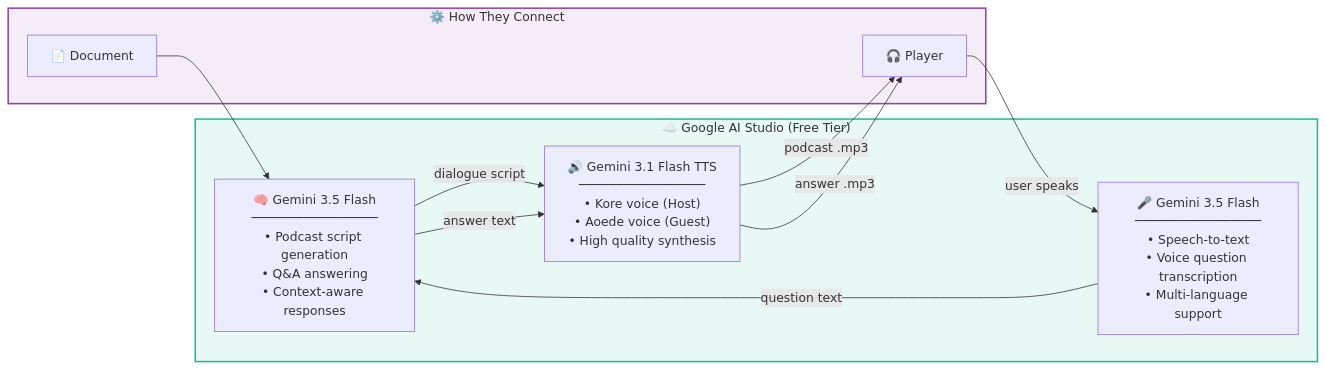
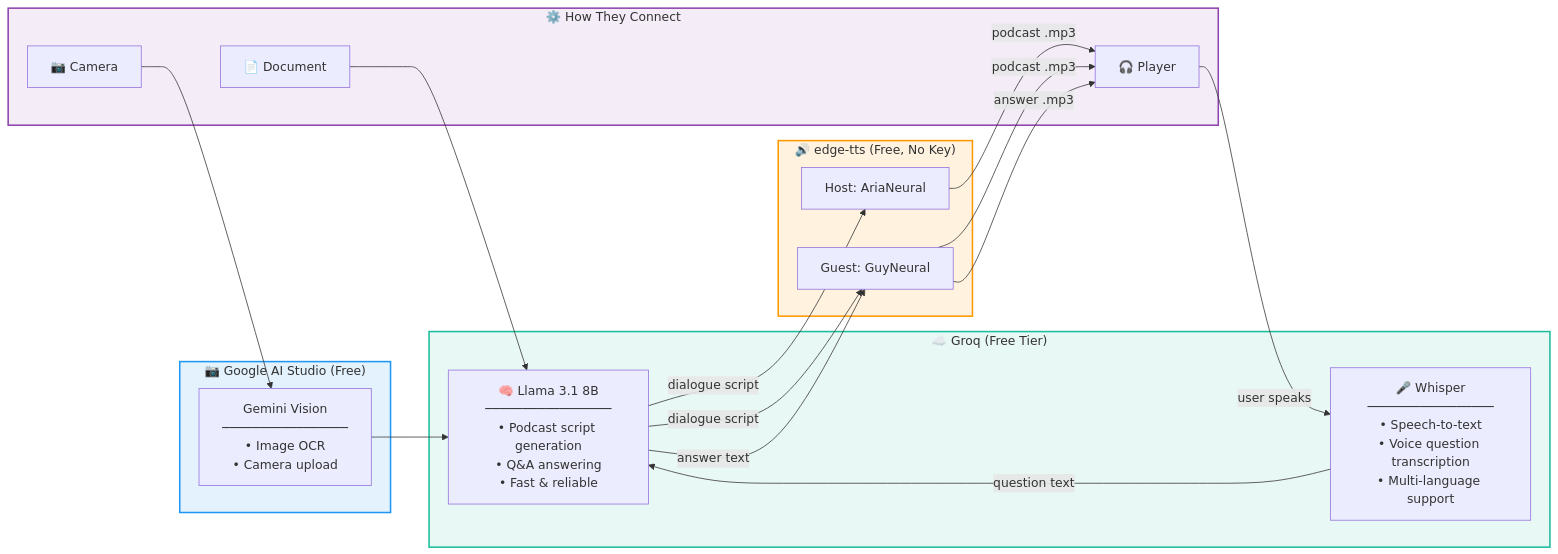
Before and after one commit to pushkal1234/PaperPod: the diagram in README.md, drawn with Mermaid. The commit also changed other lines of this file and 9 other files, not shown here.

Commit message:
rollback to GROQ, issues with Google AI Studio free tier rate limiting

````diff
--- a/README.md
+++ b/README.md
@@ -168,21 +179,34 @@
 ```mermaid
 flowchart LR
-    subgraph GEMINI["☁️ Google AI Studio (Free Tier)"]
-        LLM["🧠 Gemini 3.5 Flash\n─────────────────\n• Podcast script generation\n• Q&A answering\n• Context-aware responses"]
-        STT["🎤 Gemini 3.5 Flash\n─────────────────\n• Speech-to-text\n• Voice question transcription\n• Multi-language support"]
-        TTS["🔊 Gemini 3.1 Flash TTS\n─────────────────\n• Kore voice (Host)\n• Aoede voice (Guest)\n• High quality synthesis"]
+    subgraph GROQ["☁️ Groq (Free Tier)"]
+        LLM["🧠 Llama 3.1 8B\n─────────────────\n• Podcast script generation\n• Q&A answering\n• Fast & reliable"]
+        STT["🎤 Whisper\n─────────────────\n• Speech-to-text\n• Voice question transcription\n• Multi-language support"]
+    end
+
+    subgraph TTS["🔊 edge-tts (Free, No Key)"]
+        HOST["Host: AriaNeural"]
+        GUEST["Guest: GuyNeural"]
+    end
+
+    subgraph OCR["📷 Google AI Studio (Free)"]
+        VISION["Gemini Vision\n─────────────────\n• Image OCR\n• Camera upload"]
     end
 
     subgraph PIPELINE["⚙️ How They Connect"]
         DOC["📄 Document"] --> LLM
-        LLM -->|dialogue script| TTS
-        TTS -->|podcast .mp3| PLAY["🎧 Player"]
+        CAM["📷 Camera"] --> VISION --> LLM
+        LLM -->|dialogue script| HOST
+        LLM -->|dialogue script| GUEST
+        HOST -->|podcast .mp3| PLAY["🎧 Player"]
+        GUEST -->|podcast .mp3| PLAY
         PLAY -->|user speaks| STT
         STT -->|question text| LLM
-        LLM -->|answer text| TTS
-        TTS -->|answer .mp3| PLAY
+        LLM -->|answer text| GUEST
+        GUEST -->|answer .mp3| PLAY
     end
 
-    style GEMINI fill:#E8F8F5,stroke:#1ABC9C,stroke-width:2px
+    style GROQ fill:#E8F8F5,stroke:#1ABC9C,stroke-width:2px
+    style TTS fill:#FFF3E0,stroke:#FF9800,stroke-width:2px
+    style OCR fill:#E3F2FD,stroke:#2196F3,stroke-width:2px
     style PIPELINE fill:#F4ECF7,stroke:#8E44AD,stroke-width:2px
 ```
````
